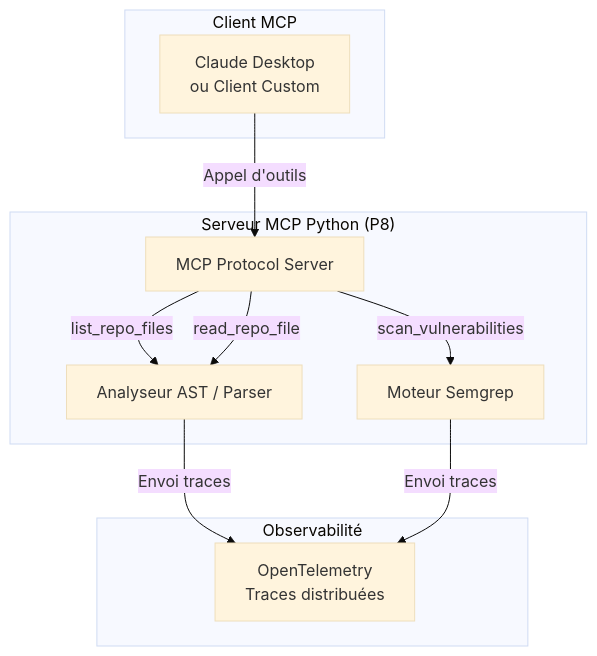
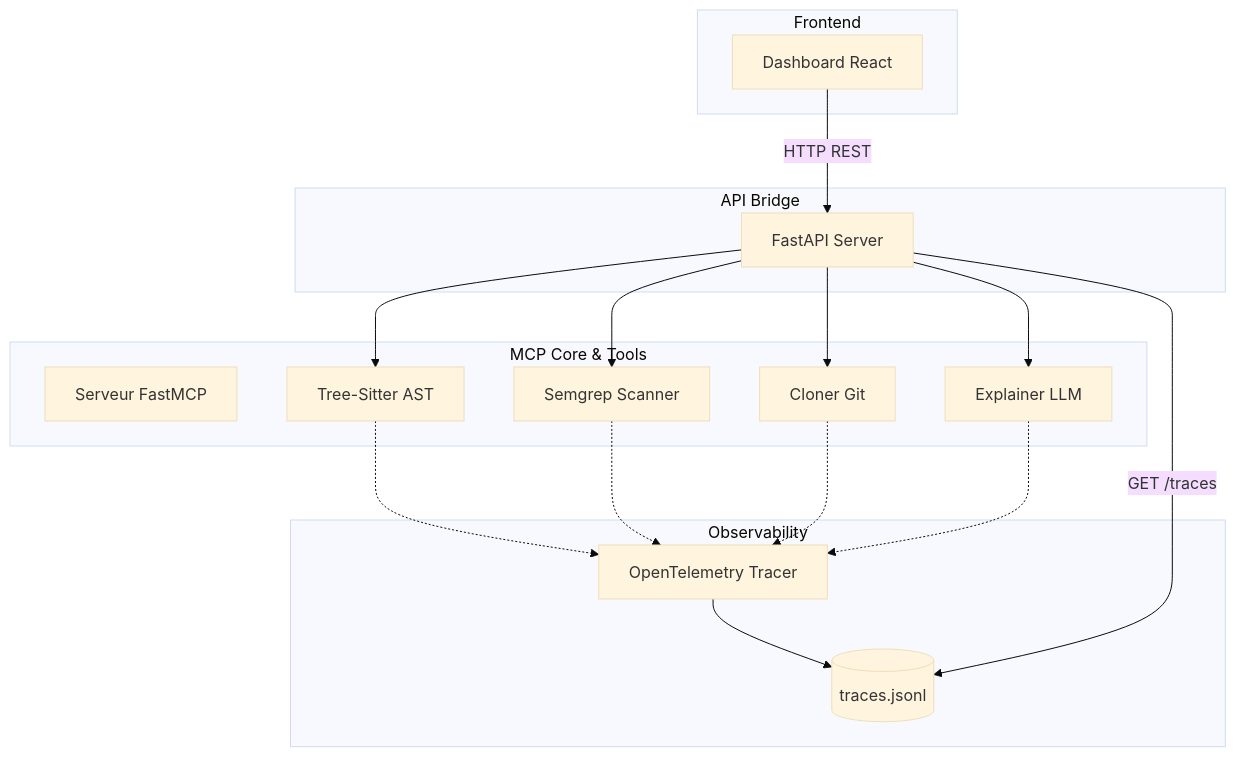
The diagram in README.md (lewenbach228/MAS---GithubAnalyzer), drawn with Mermaid (base theme) before and after one commit. The commit also changed other lines of this file and 41 other files, not shown here.

````diff
--- a/README.md
+++ b/README.md
@@ -11,22 +11,37 @@
 ```mermaid
 flowchart TD
-    subgraph "Client MCP"
-        CL[Claude Desktop<br/>ou Client Custom]
+    subgraph "Frontend"
+        UI[Dashboard React]
     end
 
-    subgraph "Serveur MCP Python (P8)"
-        SRV[MCP Protocol Server]
-        AST[Analyseur AST / Parser]
-        SEMG[Moteur Semgrep]
+    subgraph "API Bridge"
+        API[FastAPI Server]
     end
 
-    subgraph "Observabilité"
-        OTEL[OpenTelemetry<br/>Traces distribuées]
+    subgraph "MCP Core & Tools"
+        MCP[Serveur FastMCP]
+        CLONE[Cloner Git]
+        AST[Tree-Sitter AST]
+        SEC[Semgrep Scanner]
+        LLM[Explainer LLM]
     end
 
-    CL -->|Appel d'outils| SRV
-    SRV -->|list_repo_files| AST
-    SRV -->|scan_vulnerabilities| SEMG
-    SRV -->|read_repo_file| AST
-    AST & SEMG -->|Envoi traces| OTEL
+    subgraph "Observability"
+        OTEL[OpenTelemetry Tracer]
+        LOG[(traces.jsonl)]
+    end
+
+    UI -->|HTTP REST| API
+    API --> CLONE
+    API --> AST
+    API --> SEC
+    API --> LLM
+    
+    AST -.-> OTEL
+    SEC -.-> OTEL
+    CLONE -.-> OTEL
+    LLM -.-> OTEL
+    OTEL --> LOG
+    
+    API -->|GET /traces| LOG
 ```
````
